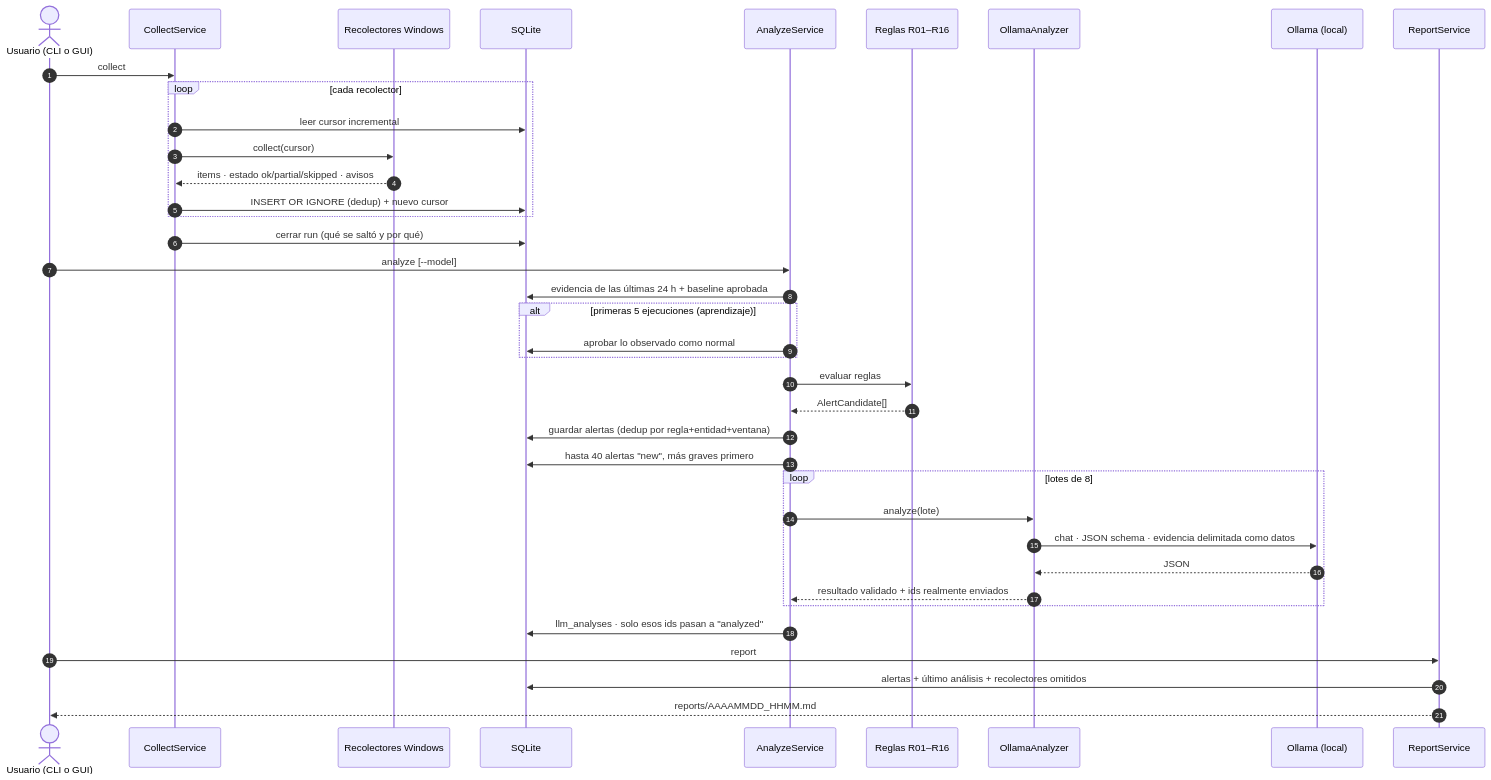
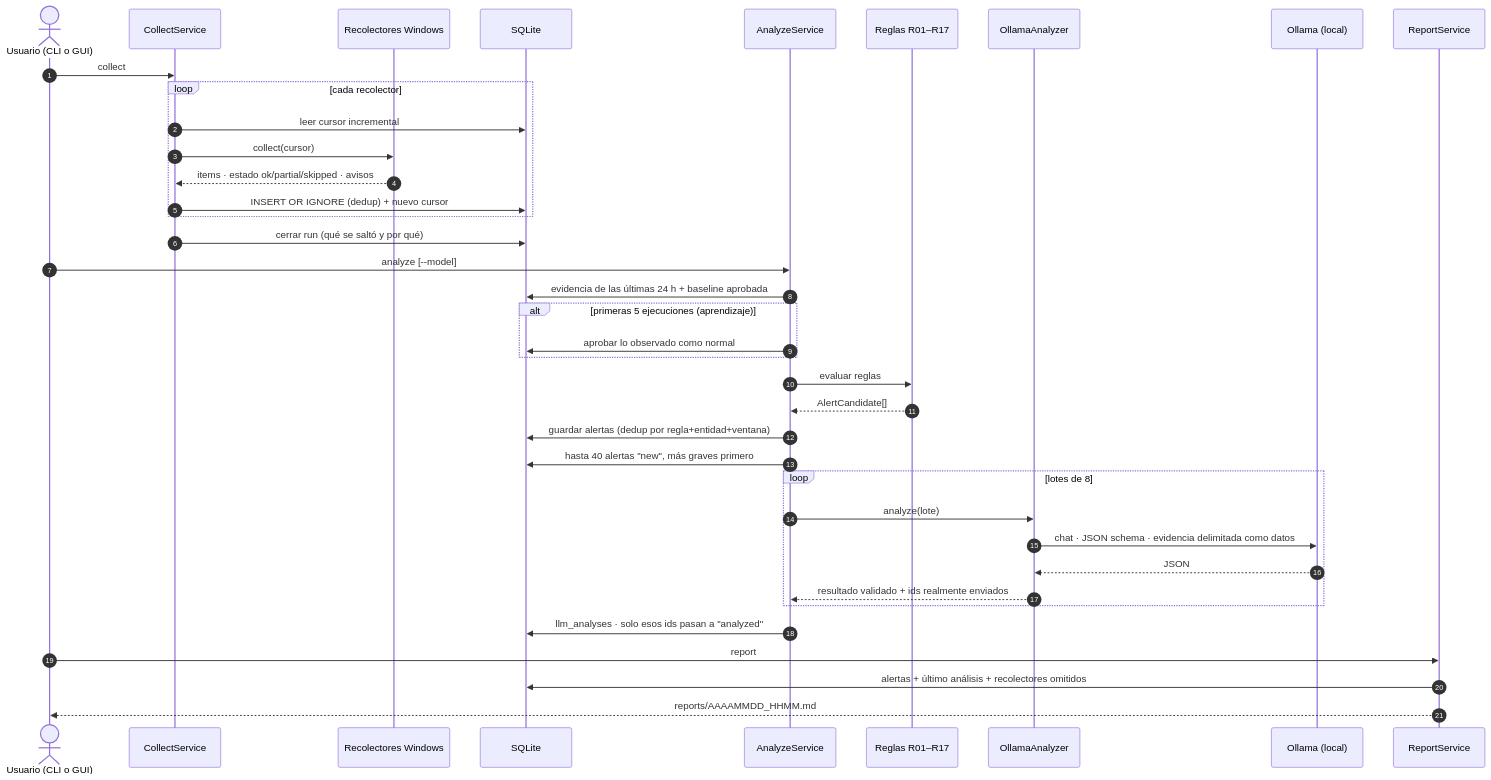
One commit to lindecode/Atalaya changed the third of 8 diagrams in README/README.arqu.md. Above: the diagram before and after it, drawn with Mermaid. The commit also changed other lines of this file and 17 other files, not shown here.

````diff
--- a/README/README.arqu.md
+++ b/README/README.arqu.md
@@ -115,43 +115,43 @@
 ```mermaid
 sequenceDiagram
     autonumber
     actor U as Usuario (CLI o GUI)
     participant C as CollectService
     participant W as Recolectores Windows
     participant DB as SQLite
     participant A as AnalyzeService
-    participant R as Reglas R01–R16
+    participant R as Reglas R01–R17
     participant L as OllamaAnalyzer
     participant O as Ollama (local)
     participant Rep as ReportService
 
     U->>C: collect
     loop cada recolector
         C->>DB: leer cursor incremental
         C->>W: collect(cursor)
         W-->>C: items · estado ok/partial/skipped · avisos
         C->>DB: INSERT OR IGNORE (dedup) + nuevo cursor
     end
     C->>DB: cerrar run (qué se saltó y por qué)
 
     U->>A: analyze [--model]
     A->>DB: evidencia de las últimas 24 h + baseline aprobada
     alt primeras 5 ejecuciones (aprendizaje)
         A->>DB: aprobar lo observado como normal
     end
     A->>R: evaluar reglas
     R-->>A: AlertCandidate[]
     A->>DB: guardar alertas (dedup por regla+entidad+ventana)
     A->>DB: hasta 40 alertas "new", más graves primero
     loop lotes de 8
         A->>L: analyze(lote)
         L->>O: chat · JSON schema · evidencia delimitada como datos
         O-->>L: JSON
         L-->>A: resultado validado + ids realmente enviados
     end
     A->>DB: llm_analyses · solo esos ids pasan a "analyzed"
 
     U->>Rep: report
     Rep->>DB: alertas + último análisis + recolectores omitidos
     Rep-->>U: reports/AAAAMMDD_HHMM.md
 ```
````
